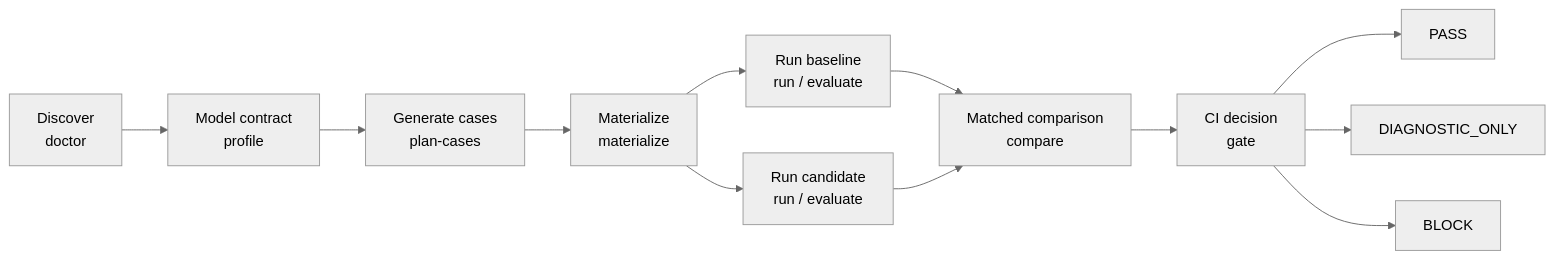
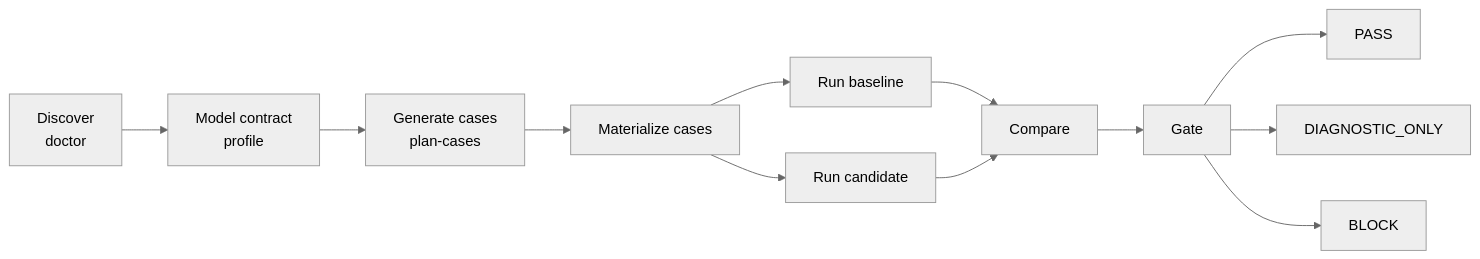
One commit to LAwLi3tCoding/agent-workflow-benchmark changed the diagram in README.md. Above: the diagram before and after it, drawn with Mermaid (neutral theme). The commit also changed other lines of this file and 104 other files, not shown here.

````diff
--- a/README.md
+++ b/README.md
@@ -41,14 +24,14 @@
 ```mermaid
 flowchart LR
   A["Discover<br/>doctor"] --> B["Model contract<br/>profile"]
   B --> C["Generate cases<br/>plan-cases"]
-  C --> D["Materialize<br/>materialize"]
-  D --> E["Run baseline<br/>run / evaluate"]
-  D --> F["Run candidate<br/>run / evaluate"]
-  E --> G["Matched comparison<br/>compare"]
+  C --> D["Materialize cases"]
+  D --> E["Run baseline"]
+  D --> F["Run candidate"]
+  E --> G["Compare"]
   F --> G
-  G --> H["CI decision<br/>gate"]
+  G --> H["Gate"]
   H --> I["PASS"]
   H --> J["DIAGNOSTIC_ONLY"]
   H --> K["BLOCK"]
 ```
````
